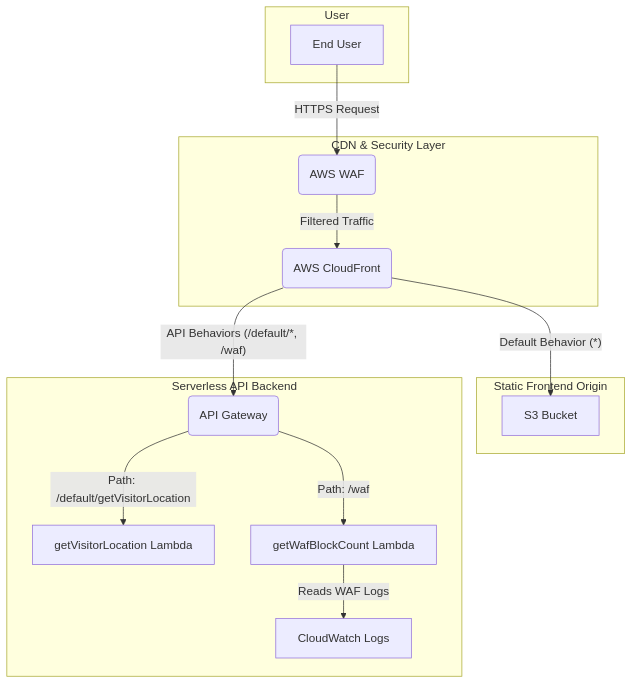
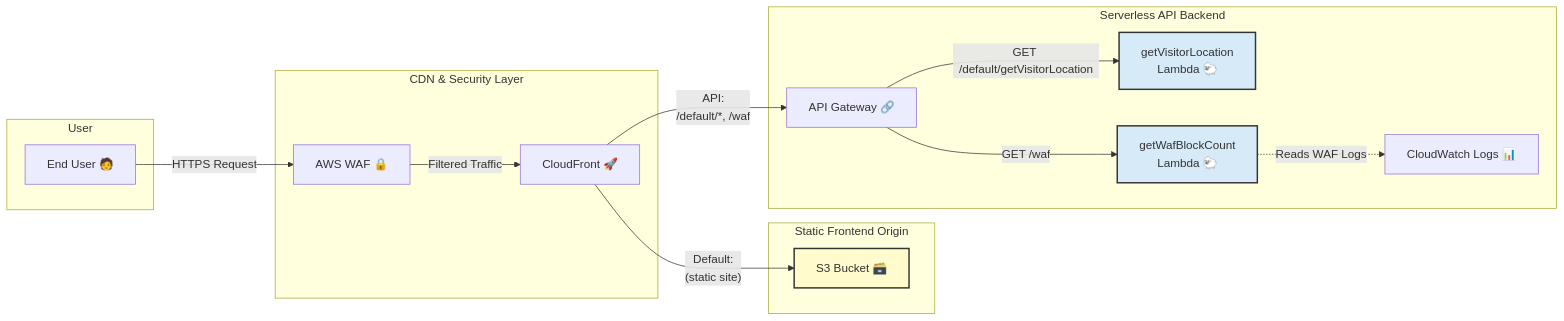
One commit to jujubear24/global-launch-showcase changed the diagram in README.md. Above: the diagram before and after it, drawn with Mermaid.

Commit message:
Update : README.md Architecture Diagram

````diff
--- a/README.md
+++ b/README.md
@@ -37,32 +36,37 @@
 ```mermaid
-graph TD
+flowchart LR
     subgraph "User"
-        A[End User]
+        A[End User 🧑]
     end
 
     subgraph "CDN & Security Layer"
-        B(AWS WAF)
-        C(AWS CloudFront)
+        B[AWS WAF 🔒]
+        C[CloudFront 🚀]
     end
 
     subgraph "Static Frontend Origin"
-        D[S3 Bucket]
+        D[S3 Bucket 🗃️]
     end
 
     subgraph "Serverless API Backend"
-        E(API Gateway)
-        F[getVisitorLocation Lambda]
-        G[getWafBlockCount Lambda]
-        H[CloudWatch Logs]
+        E[API Gateway 🔗]
+        F[getVisitorLocation<br>Lambda 🐑]
+        G[getWafBlockCount<br>Lambda 🐑]
+        H[CloudWatch Logs 📊]
     end
 
     A -->|"HTTPS Request"| B
     B -->|"Filtered Traffic"| C
 
-    C -->|"Default Behavior (*)"| D
-    C -->|"API Behaviors (/default/*, /waf)"| E
+    C -->|"Default: <br>(static site)"| D
+    C -->|"API: <br>/default/*, /waf"| E
 
-    E -->|"Path: /default/getVisitorLocation"| F
-    E -->|"Path: /waf"| G
-    G -->|"Reads WAF Logs"| H
+    E -->|"GET /default/getVisitorLocation"| F
+    E -->|"GET /waf"| G
+    G -.->|"Reads WAF Logs"| H
+
+    %% Style customizations
+    style D fill:#FFFBCC,stroke:#333,stroke-width:2px
+    style F fill:#D6EAF8,stroke:#333,stroke-width:2px
+    style G fill:#D6EAF8,stroke:#333,stroke-width:2px
 ```
````
